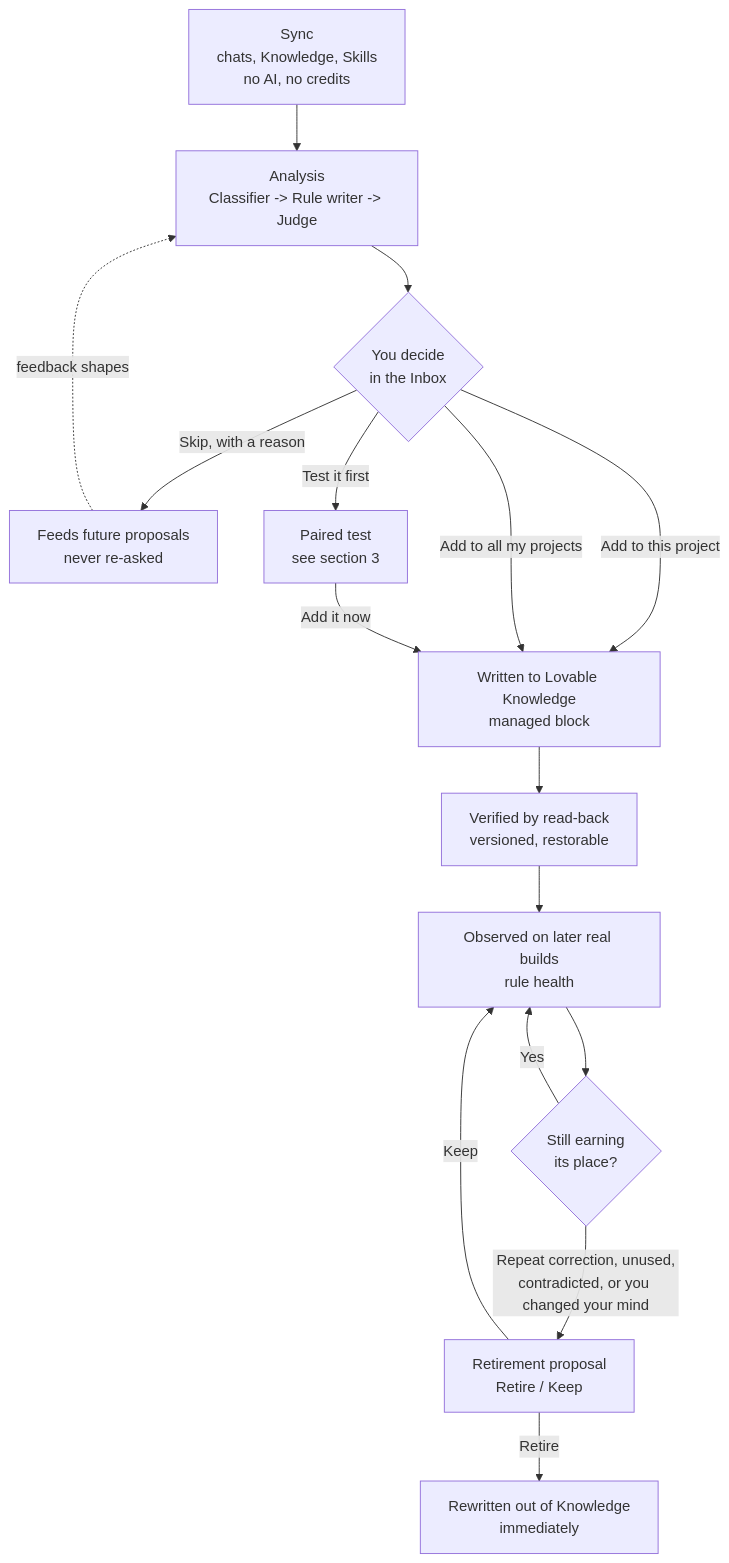
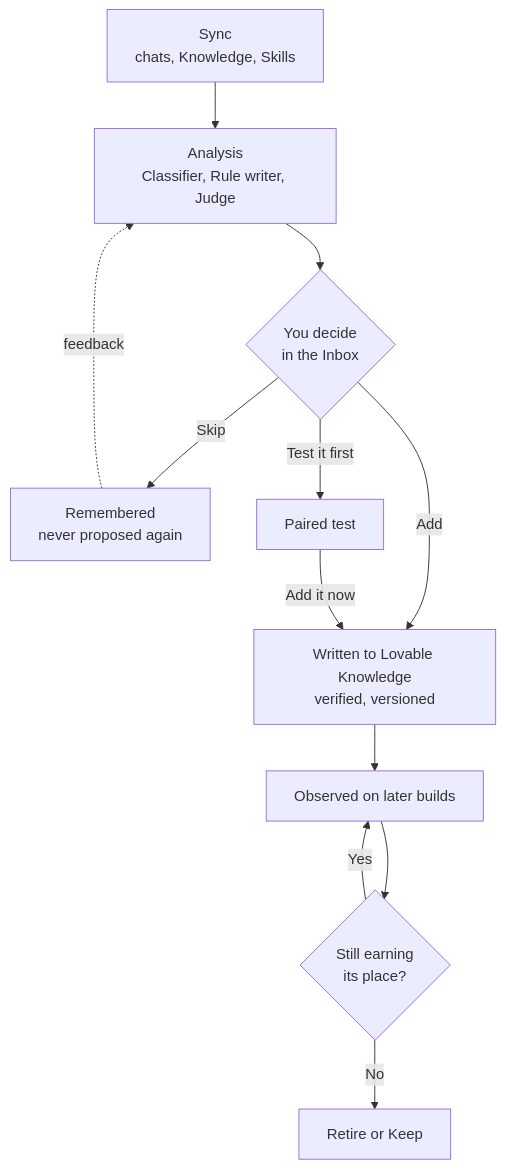
The first of 2 diagrams in README.md (Saddeee/harness-ledger-foundation), drawn with Mermaid before and after one commit. The commit also changed other lines of this file and 2 other files, not shown here.

First line of the commit message:
README: shorter, keeps the explanation, proof and architecture

````diff
--- a/README.md
+++ b/README.md
@@ -53,18 +44,14 @@
 ```mermaid
 flowchart TD
-    A[Sync\nchats, Knowledge, Skills\nno AI, no credits] --> B[Analysis\nClassifier -> Rule writer -> Judge]
-    B --> C{You decide\nin the Inbox}
-    C -->|Add to this project| D[Written to Lovable Knowledge\nmanaged block]
-    C -->|Add to all my projects| D
-    C -->|Skip, with a reason| E[Feeds future proposals\nnever re-asked]
-    C -->|Test it first| F[Paired test\nsee section 3]
+    A[Sync<br/>chats, Knowledge, Skills] --> B[Analysis<br/>Classifier, Rule writer, Judge]
+    B --> C{You decide<br/>in the Inbox}
+    C -->|Add| D[Written to Lovable Knowledge<br/>verified, versioned]
+    C -->|Skip| E[Remembered<br/>never proposed again]
+    C -->|Test it first| F[Paired test]
     F -->|Add it now| D
-    D --> G[Verified by read-back\nversioned, restorable]
-    G --> H[Observed on later real builds\nrule health]
-    H --> I{Still earning\nits place?}
-    I -->|Repeat correction, unused,\ncontradicted, or you changed your mind| J[Retirement proposal\nRetire / Keep]
-    I -->|Yes| H
-    J -->|Retire| K[Rewritten out of Knowledge\nimmediately]
-    J -->|Keep| H
-    E -.feedback shapes.-> B
+    D --> G[Observed on later builds]
+    G --> H{Still earning<br/>its place?}
+    H -->|No| I[Retire or Keep]
+    H -->|Yes| G
+    E -.feedback.-> B
 ```
````
